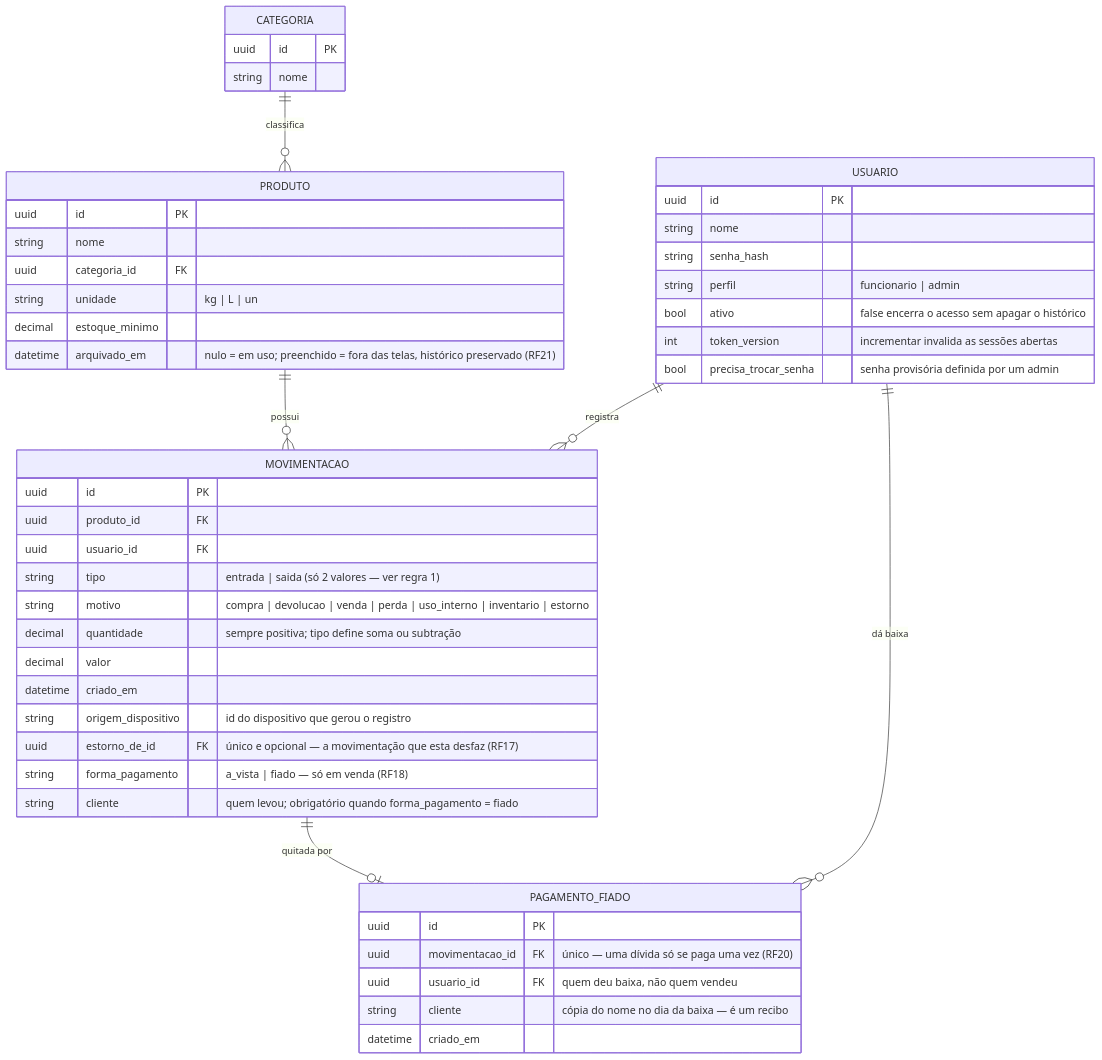
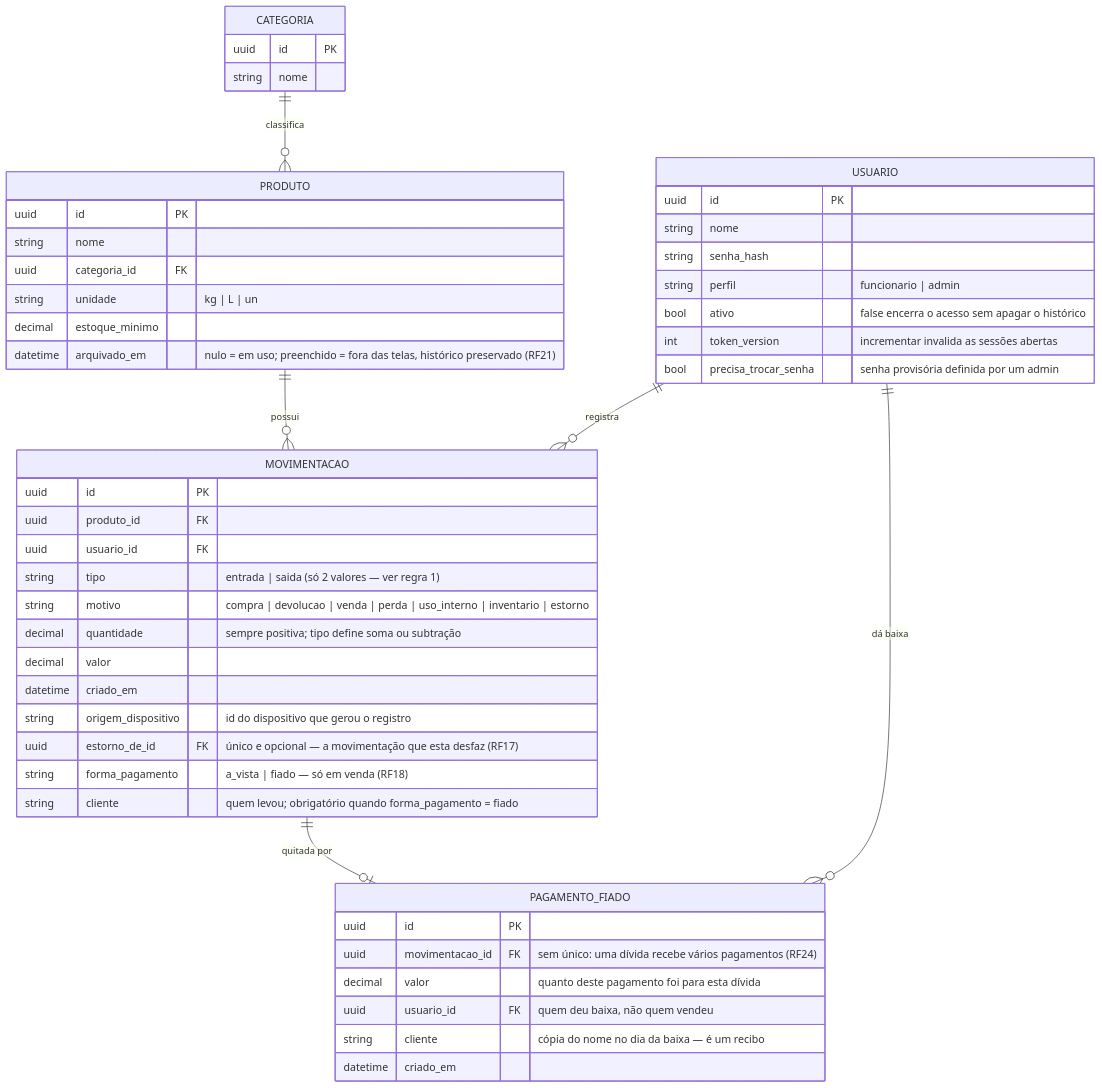
One commit to SergioGuthyerres/CONTROLE-ESTOQUE changed the diagram in docs/especificacao-requisitos.md. Above: the diagram before and after it, drawn with Mermaid. The commit also changed other lines of this file and 7 other files, not shown here.

````diff
--- a/docs/especificacao-requisitos.md
+++ b/docs/especificacao-requisitos.md
@@ -51,51 +52,52 @@
 ```mermaid
 erDiagram
     USUARIO {
         uuid id PK
         string nome
         string senha_hash
         string perfil "funcionario | admin"
         bool ativo "false encerra o acesso sem apagar o histórico"
         int token_version "incrementar invalida as sessões abertas"
         bool precisa_trocar_senha "senha provisória definida por um admin"
     }
     CATEGORIA {
         uuid id PK
         string nome
     }
     PRODUTO {
         uuid id PK
         string nome
         uuid categoria_id FK
         string unidade "kg | L | un"
         decimal estoque_minimo
         datetime arquivado_em "nulo = em uso; preenchido = fora das telas, histórico preservado (RF21)"
     }
     MOVIMENTACAO {
         uuid id PK
         uuid produto_id FK
         uuid usuario_id FK
         string tipo "entrada | saida (só 2 valores — ver regra 1)"
         string motivo "compra | devolucao | venda | perda | uso_interno | inventario | estorno"
         decimal quantidade "sempre positiva; tipo define soma ou subtração"
         decimal valor
         datetime criado_em
         string origem_dispositivo "id do dispositivo que gerou o registro"
         uuid estorno_de_id FK "único e opcional — a movimentação que esta desfaz (RF17)"
         string forma_pagamento "a_vista | fiado — só em venda (RF18)"
         string cliente "quem levou; obrigatório quando forma_pagamento = fiado"
     }
     PAGAMENTO_FIADO {
         uuid id PK
-        uuid movimentacao_id FK "único — uma dívida só se paga uma vez (RF20)"
+        uuid movimentacao_id FK "sem único: uma dívida recebe vários pagamentos (RF24)"
+        decimal valor "quanto deste pagamento foi para esta dívida"
         uuid usuario_id FK "quem deu baixa, não quem vendeu"
         string cliente "cópia do nome no dia da baixa — é um recibo"
         datetime criado_em
     }
 
     CATEGORIA ||--o{ PRODUTO : classifica
     PRODUTO ||--o{ MOVIMENTACAO : possui
     USUARIO ||--o{ MOVIMENTACAO : registra
     MOVIMENTACAO ||--o| PAGAMENTO_FIADO : "quitada por"
     USUARIO ||--o{ PAGAMENTO_FIADO : "dá baixa"
 ```
````
